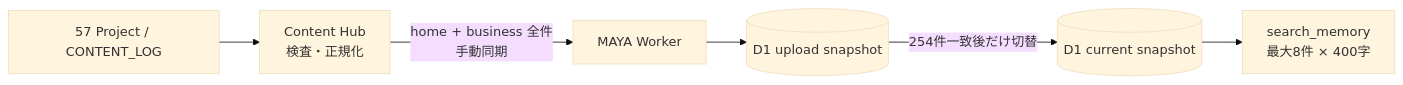
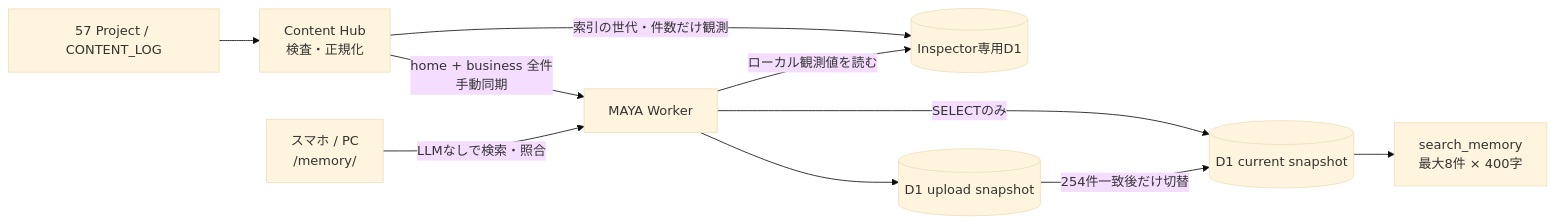
One commit to koji330-coder/maya-executive-partner changed the third of 4 diagrams in docs/PLATFORM_ARCHITECTURE.md. Above: the diagram before and after it, drawn with Mermaid (base theme). The commit also changed other lines of this file and 10 other files, not shown here.

Commit message:
Add read-only memory inspector PWA

````diff
--- a/docs/PLATFORM_ARCHITECTURE.md
+++ b/docs/PLATFORM_ARCHITECTURE.md
@@ -409,8 +409,12 @@
 ```mermaid
 flowchart LR
   Logs[57 Project / CONTENT_LOG] --> Hub[Content Hub<br/>検査・正規化]
   Hub -->|home + business 全件<br/>手動同期| API[MAYA Worker]
   API --> Pending[(D1 upload snapshot)]
   Pending -->|254件一致後だけ切替| Current[(D1 current snapshot)]
   Current --> Search[search_memory<br/>最大8件 × 400字]
+  Hub -->|索引の世代・件数だけ観測| Inspector[(Inspector専用D1)]
+  Browser[スマホ / PC<br/>/memory/] -->|LLMなしで検索・照合| API
+  API -->|SELECTのみ| Current
+  API -->|ローカル観測値を読む| Inspector
 ```
````
